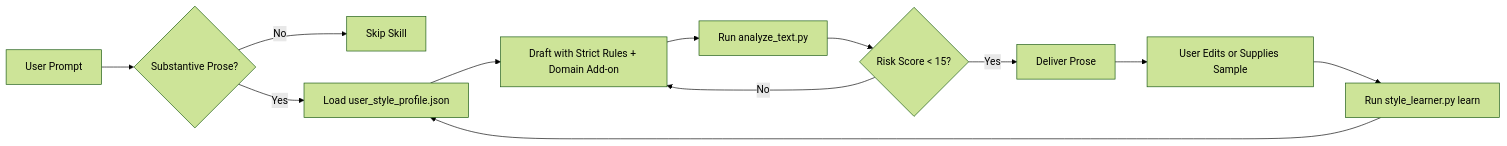
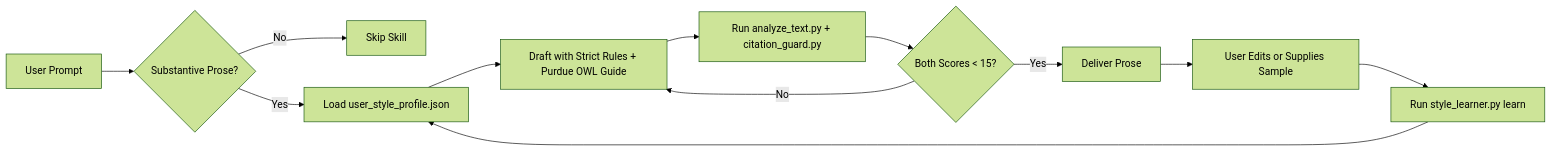
One commit to deprofessorie/human-writing-guard changed the diagram in docs/architecture.md. Above: the diagram before and after it, drawn with Mermaid (forest theme). The commit also changed other lines of this file and 7 other files, not shown here.

Commit message:
feat: add Purdue OWL research and citation guard with 7-style formatter and integrity checker

````diff
--- a/docs/architecture.md
+++ b/docs/architecture.md
@@ -12,14 +12,14 @@
 ```mermaid
 flowchart LR
     A[User Prompt] --> B{Substantive Prose?}
     B -- No --> C[Skip Skill]
     B -- Yes --> D[Load user_style_profile.json]
-    D --> E[Draft with Strict Rules + Domain Add-on]
-    E --> F[Run analyze_text.py]
-    F --> G{Risk Score < 15?}
+    D --> E[Draft with Strict Rules + Purdue OWL Guide]
+    E --> F[Run analyze_text.py + citation_guard.py]
+    F --> G{Both Scores < 15?}
     G -- No --> E
     G -- Yes --> H[Deliver Prose]
     H --> I[User Edits or Supplies Sample]
     I --> J[Run style_learner.py learn]
     J --> D
 ```
````
